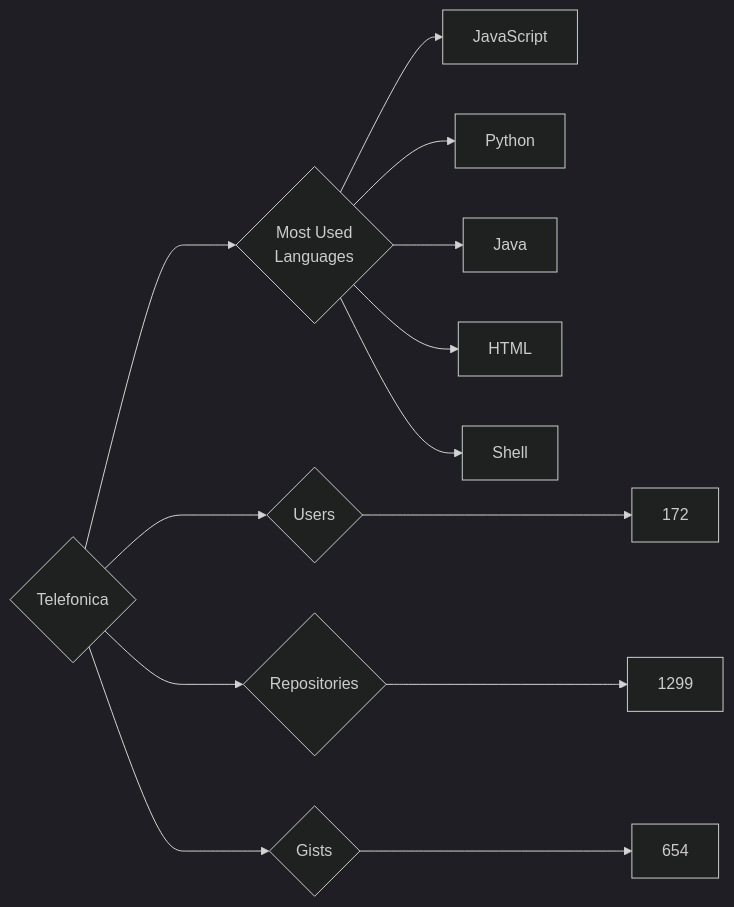
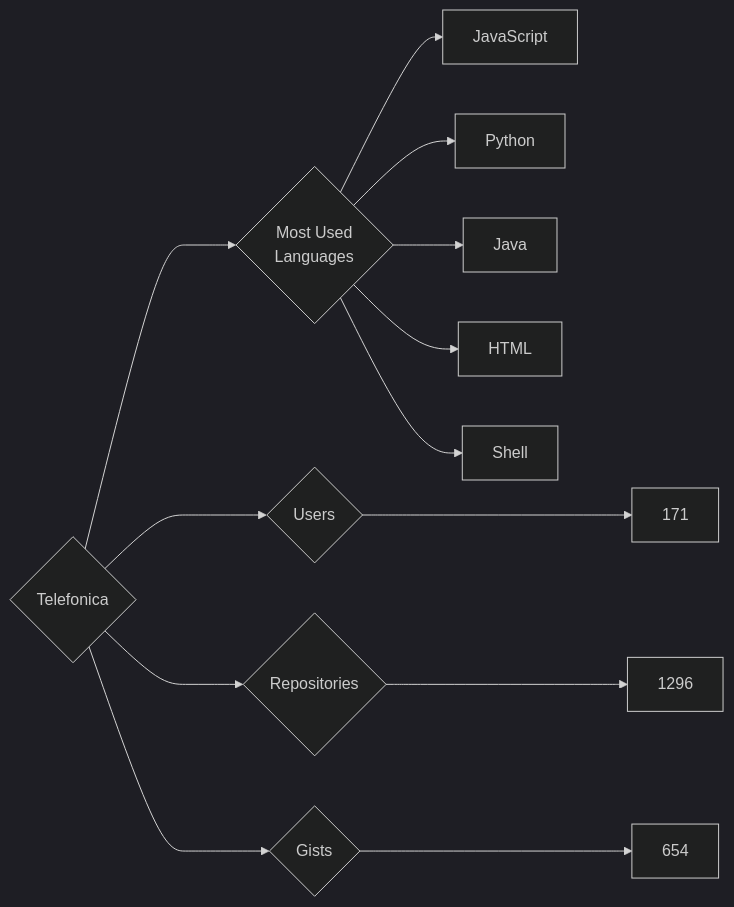
Before and after one commit to trickest/insiders: the diagram in targets/Telefonica/README.md, drawn with Mermaid (dark theme). The commit also changed 814 other files, not shown here.

````diff
--- a/targets/Telefonica/README.md
+++ b/targets/Telefonica/README.md
@@ -3,13 +3,13 @@
 ```mermaid
 graph LR
 COMPANY_NAME{Telefonica}
-COMPANY_NAME ---> U{Users} ---> UN[172]
-COMPANY_NAME ---> R{Repositories} ---> RN[1299]
+COMPANY_NAME ---> U{Users} ---> UN[171]
+COMPANY_NAME ---> R{Repositories} ---> RN[1296]
 COMPANY_NAME ---> G{Gists} ---> GN[654]
 COMPANY_NAME ---> ML{Most Used<br>Languages}
 ML --> JavaScript[JavaScript]
 ML --> Python[Python]
 ML --> Java[Java]
 ML --> HTML[HTML]
 ML --> Shell[Shell]
 ```
````
